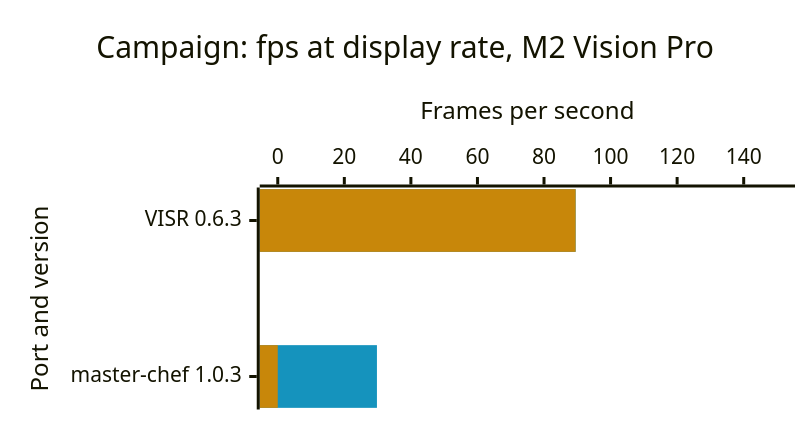
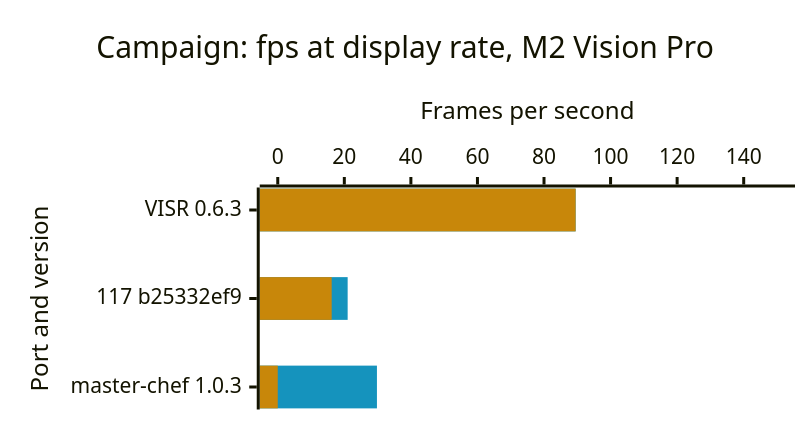
One commit to steverice/visr changed the fourth of 6 diagrams in docs/benchmarks.md. Above: the diagram before and after it, drawn with Mermaid. The commit also changed other lines of this file and 4 other files, not shown here.

````diff
--- a/docs/benchmarks.md
+++ b/docs/benchmarks.md
@@ -108,17 +108,17 @@
 ```mermaid
 ---
 config:
   xyChart:
     width: 520
     height: 263
   themeVariables:
     xyChart:
       plotColorPalette: "#1593bd, #c8870a"
 ---
 xychart-beta horizontal
     title "Campaign: fps at display rate, M2 Vision Pro"
-    x-axis "Port and version" ["VISR 0.6.3", "master-chef 1.0.3"]
+    x-axis "Port and version" ["VISR 0.6.3", "117 b25332ef9", "master-chef 1.0.3"]
     y-axis "Frames per second" 0 --> 150
-    bar [89.5, 29.8]
-    bar [89.5, 0]
+    bar [89.5, 21, 29.8]
+    bar [89.5, 16.2, 0]
 ```
````
